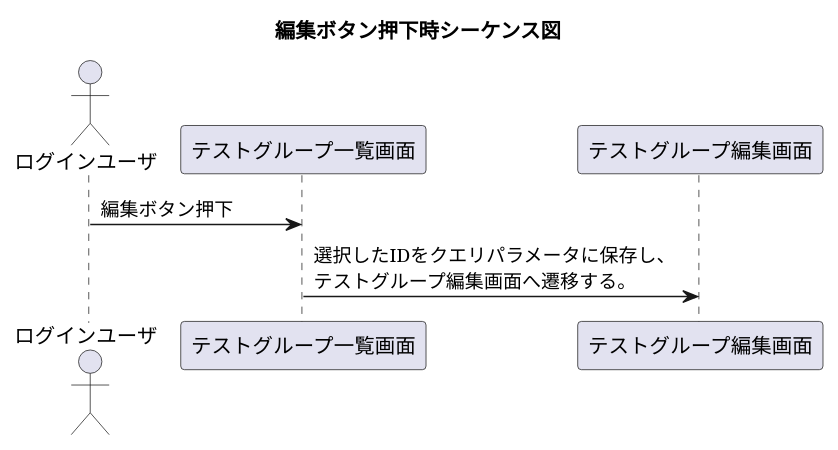
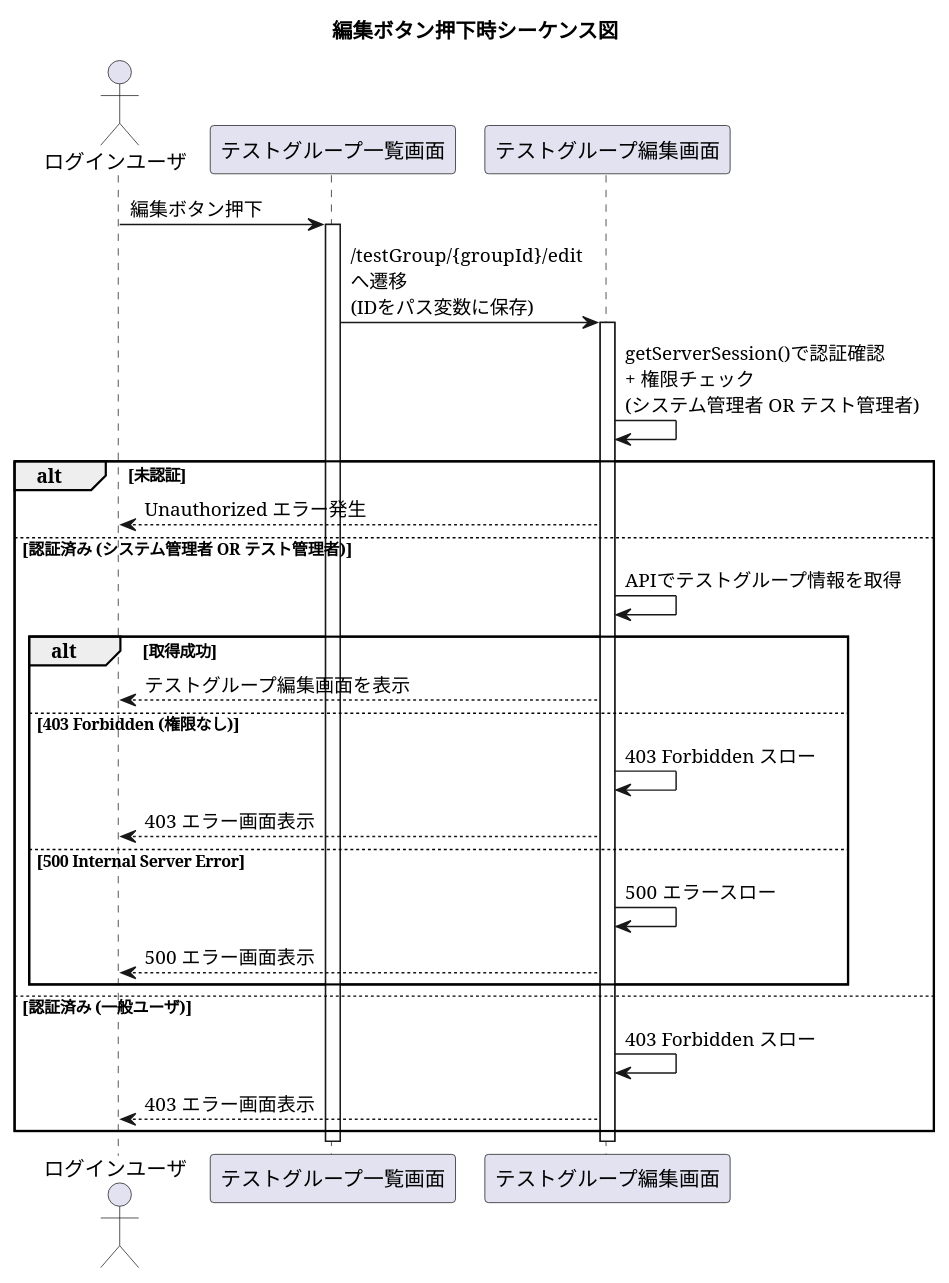
The diagram in docs/Documents/PlantUML/TestGroup/テストグループ一覧画面_編集ボタン押下時.puml (p1crin/sample-Test), drawn with PlantUML before and after one commit. The commit also changed 28 other files, not shown here.

Commit message:
PlantUMLファイルを更新し、各シーケンス図のタイトルを日本語に変更

```diff
--- a/docs/Documents/PlantUML/TestGroup/テストグループ一覧画面_編集ボタン押下時.puml
+++ b/docs/Documents/PlantUML/TestGroup/テストグループ一覧画面_編集ボタン押下時.puml
@@ -1,11 +1,36 @@
-@startuml
+@startuml テストグループ一覧_編集ボタン押下時
 scale max 3000 height
 title 編集ボタン押下時シーケンス図
 
 actor "ログインユーザ" as User
-participant "テストグループ一覧画面" as TestGroup
-participant "テストグループ編集画面" as TestGroupEdit
+participant "テストグループ一覧画面" as Screen
+participant "テストグループ編集画面" as EditScreen
 
-User -> TestGroup: 編集ボタン押下
-TestGroup -> TestGroupEdit: 選択したIDをクエリパラメータに保存し、\nテストグループ編集画面へ遷移する。
+User -> Screen: 編集ボタン押下
+activate Screen
+
+Screen -> EditScreen: /testGroup/{groupId}/edit\nへ遷移\n(IDをパス変数に保存)
+activate EditScreen
+
+EditScreen -> EditScreen: getServerSession()で認証確認\n+ 権限チェック\n(システム管理者 OR テスト管理者)
+alt 未認証
+    EditScreen --> User: Unauthorized エラー発生
+else 認証済み (システム管理者 OR テスト管理者)
+    EditScreen -> EditScreen: APIでテストグループ情報を取得
+    alt 取得成功
+        EditScreen --> User: テストグループ編集画面を表示
+    else 403 Forbidden (権限なし)
+        EditScreen -> EditScreen: 403 Forbidden スロー
+        EditScreen --> User: 403 エラー画面表示
+    else 500 Internal Server Error
+        EditScreen -> EditScreen: 500 エラースロー
+        EditScreen --> User: 500 エラー画面表示
+    end
+else 認証済み (一般ユーザ)
+    EditScreen -> EditScreen: 403 Forbidden スロー
+    EditScreen --> User: 403 エラー画面表示
+end
+
+deactivate EditScreen
+deactivate Screen
 @enduml
```
